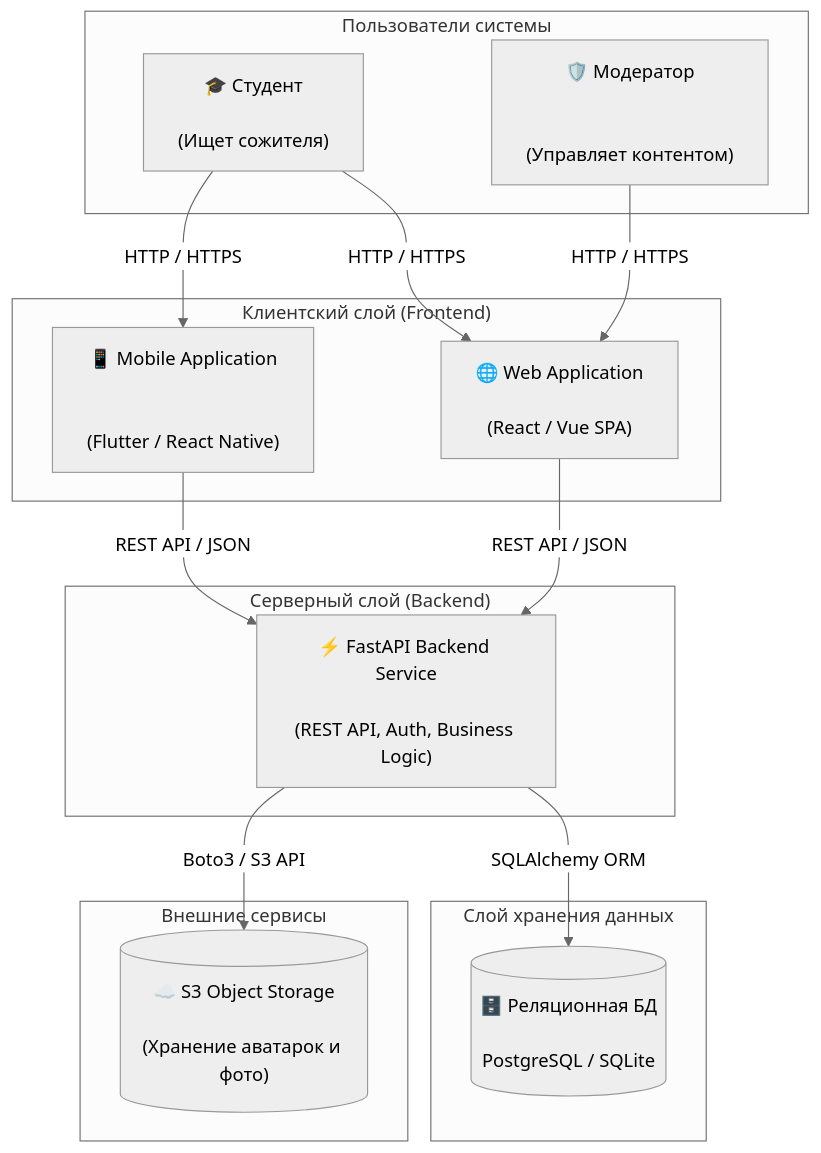
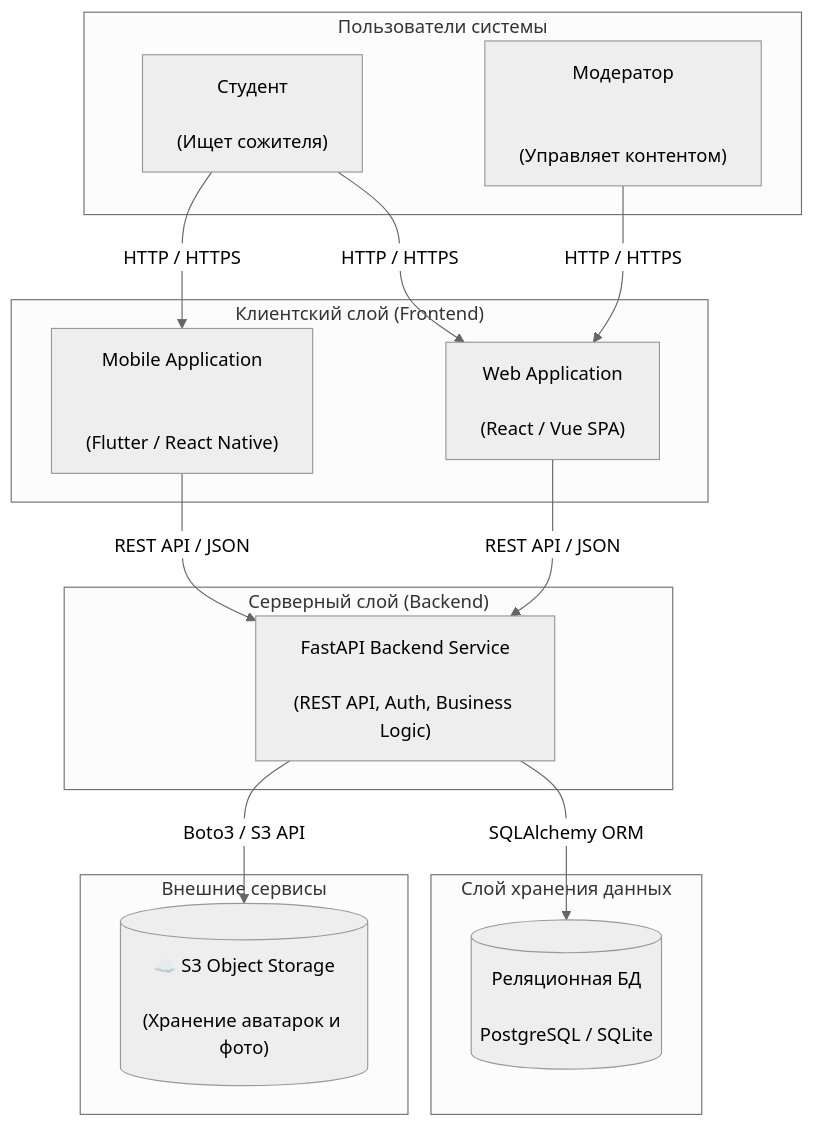
One commit to chizhikovannet/pet-project changed the second of 2 diagrams in docs/02_overall_description.md. Above: the diagram before and after it, drawn with Mermaid (neutral theme).

````diff
--- a/docs/02_overall_description.md
+++ b/docs/02_overall_description.md
@@ -83,51 +83,51 @@
 ```mermaid
 graph TB
     subgraph Users ["Пользователи системы"]
-        Student["🎓 Студент
+        Student["Студент
 
 (Ищет сожителя)"]
-Admin["🛡️ Модератор
+Admin["Модератор
 
 
 (Управляет контентом)"]
 end
 
 subgraph Clients ["Клиентский слой (Frontend)"]
-    WebApp["🌐 Web Application
+    WebApp["Web Application
 
 (React / Vue SPA)"]
-MobileApp["📱 Mobile Application
+MobileApp["Mobile Application
 
 
 (Flutter / React Native)"]
 end
 
 subgraph BackendSystem ["Серверный слой (Backend)"]
-    API["⚡ FastAPI Backend Service
+    API["FastAPI Backend Service
 
 (REST API, Auth, Business Logic)"]
 end
 
 subgraph DataStorage ["Слой хранения данных"]
-    DB[(🗄️ Реляционная БД
+    DB[(Реляционная БД
 
 PostgreSQL / SQLite)]
 end
 
 subgraph ExternalServices ["Внешние сервисы"]
     S3[("☁️ S3 Object Storage
 
 (Хранение аватарок и фото)")]
 end
 
 %% Взаимодействия
 Student -->|HTTP / HTTPS| WebApp
 Student -->|HTTP / HTTPS| MobileApp
 Admin -->|HTTP / HTTPS| WebApp
 
 WebApp -->|REST API / JSON| API
 MobileApp -->|REST API / JSON| API
 
 API -->|SQLAlchemy ORM| DB
 API -->|Boto3 / S3 API| S3
 ```
````
